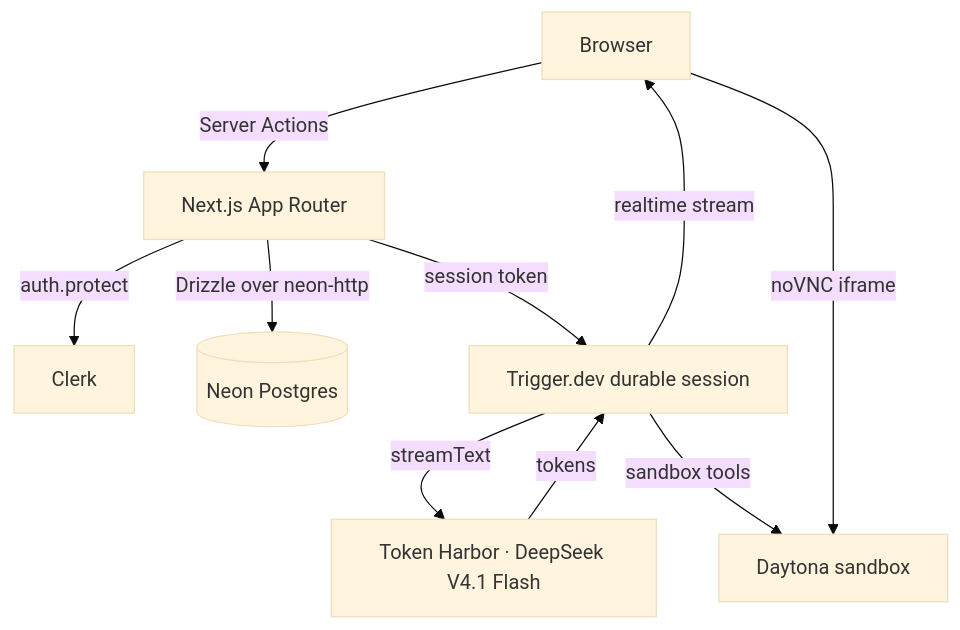
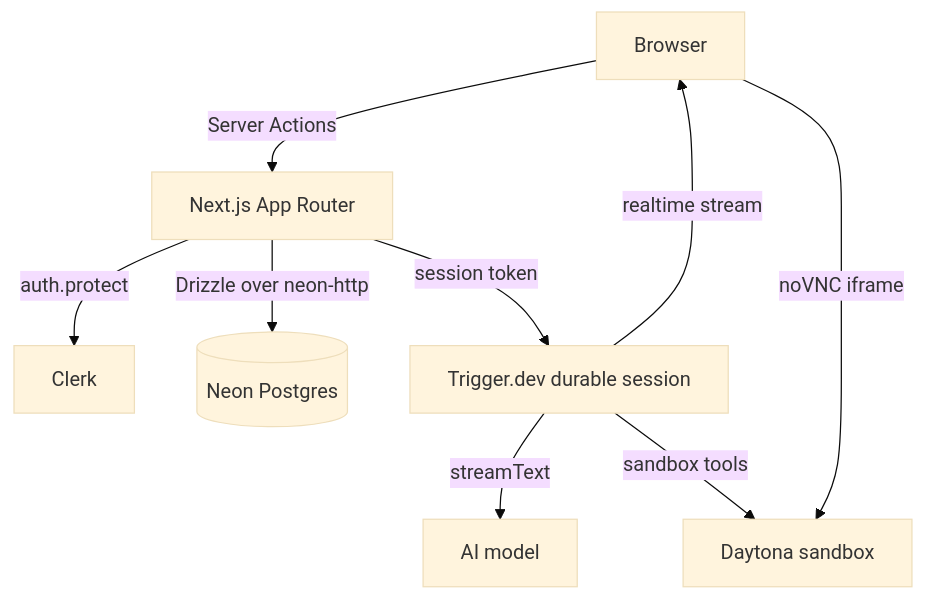
The diagram in README.md (78days/Pandora), drawn with Mermaid (base theme) before and after one commit. The commit also changed other lines of this file, not shown here.

````diff
--- a/README.md
+++ b/README.md
@@ -90,12 +64,11 @@
 ```mermaid
 flowchart TD
     Browser[Browser] -->|Server Actions| Next[Next.js App Router]
     Next -->|auth.protect| Clerk[Clerk]
     Next -->|Drizzle over neon-http| Neon[(Neon Postgres)]
     Next -->|session token| Trigger[Trigger.dev durable session]
-    Trigger -->|streamText| Model[Token Harbor · DeepSeek V4.1 Flash]
-    Model -->|tokens| Trigger
+    Trigger -->|streamText| Model[AI model]
     Trigger -->|sandbox tools| Sandbox[Daytona sandbox]
     Browser -->|noVNC iframe| Sandbox
     Trigger -->|realtime stream| Browser
 ```
````
